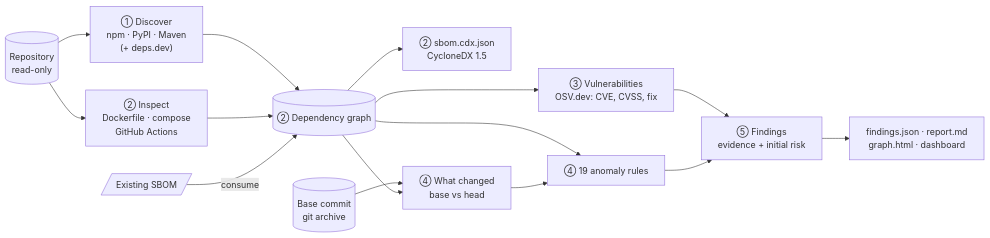
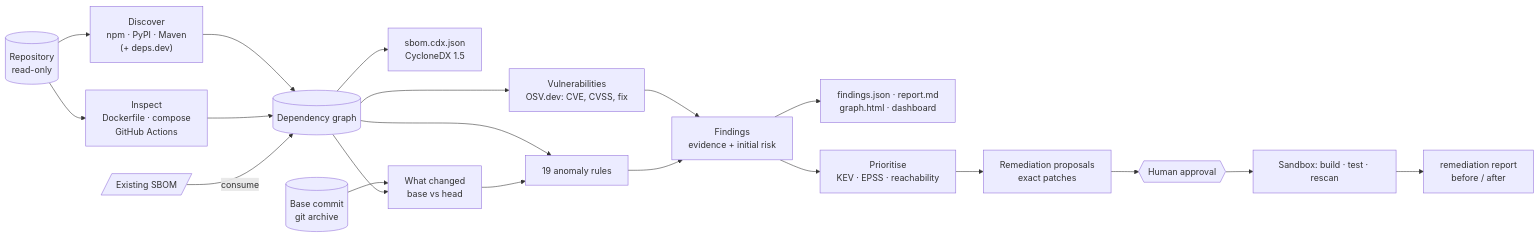
Before and after one commit to gshyamv/Bosch-Hackathon: the diagram in README.md, drawn with Mermaid. The commit also changed other lines of this file and 120 other files, not shown here.

````diff
--- a/README.md
+++ b/README.md
@@ -107,17 +111,22 @@
 ```mermaid
 flowchart LR
-    R[(Repository<br/>read-only)] --> D["① Discover<br/>npm · PyPI · Maven<br/>(+ deps.dev)"]
-    R --> C["② Inspect<br/>Dockerfile · compose<br/>GitHub Actions"]
-    D --> G[("② Dependency graph")]
+    R[(Repository<br/>read-only)] --> D["Discover<br/>npm · PyPI · Maven<br/>(+ deps.dev)"]
+    R --> C["Inspect<br/>Dockerfile · compose<br/>GitHub Actions"]
+    D --> G[("Dependency graph")]
     C --> G
     SB[/Existing SBOM/] -- consume --> G
-    G --> SBOM["② sbom.cdx.json<br/>CycloneDX 1.5"]
-    G --> V["③ Vulnerabilities<br/>OSV.dev: CVE, CVSS, fix"]
-    B[(Base commit<br/>git archive)] --> X["④ What changed<br/>base vs head"]
+    G --> SBOM["sbom.cdx.json<br/>CycloneDX 1.5"]
+    G --> V["Vulnerabilities<br/>OSV.dev: CVE, CVSS, fix"]
+    B[(Base commit<br/>git archive)] --> X["What changed<br/>base vs head"]
     G --> X
-    G --> A["④ 19 anomaly rules"]
+    G --> A["19 anomaly rules"]
     X --> A
-    V --> E["⑤ Findings<br/>evidence + initial risk"]
+    V --> E["Findings<br/>evidence + initial risk"]
     A --> E
     E --> OUT["findings.json · report.md<br/>graph.html · dashboard"]
+    E --> P["Prioritise<br/>KEV · EPSS · reachability"]
+    P --> M["Remediation proposals<br/>exact patches"]
+    M --> H{{Human approval}}
+    H --> S["Sandbox: build · test · rescan"]
+    S --> RR["remediation report<br/>before / after"]
 ```
````
